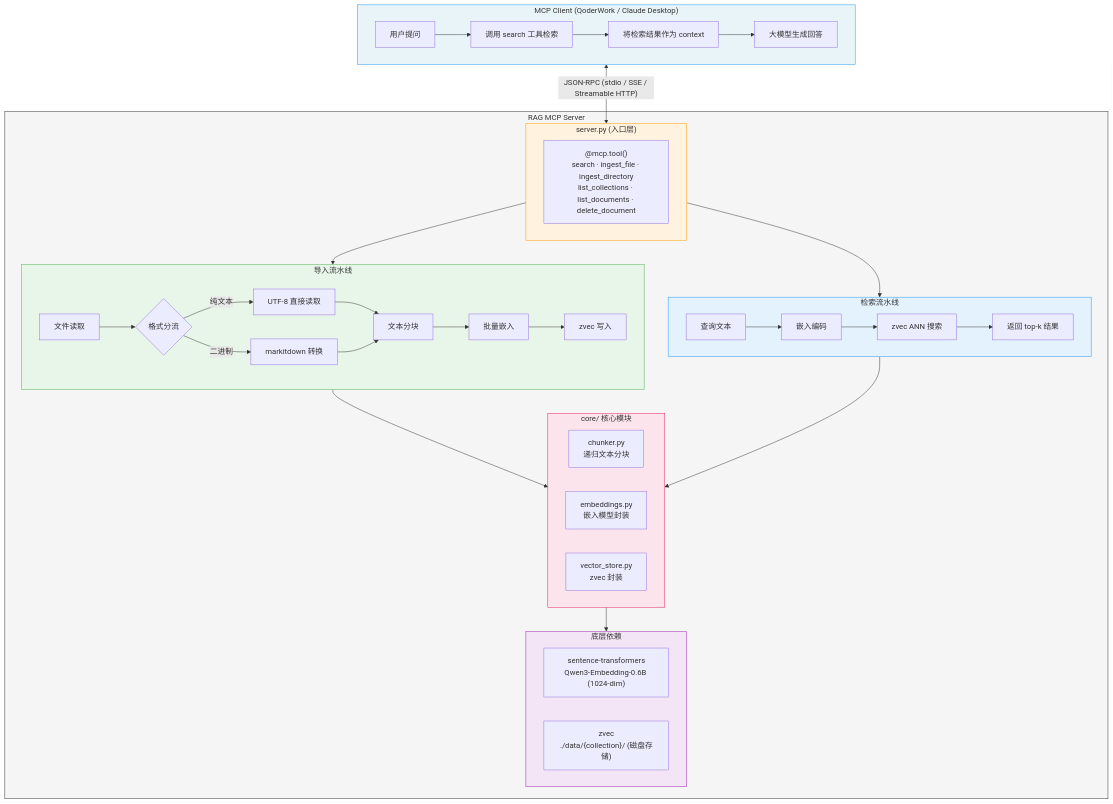
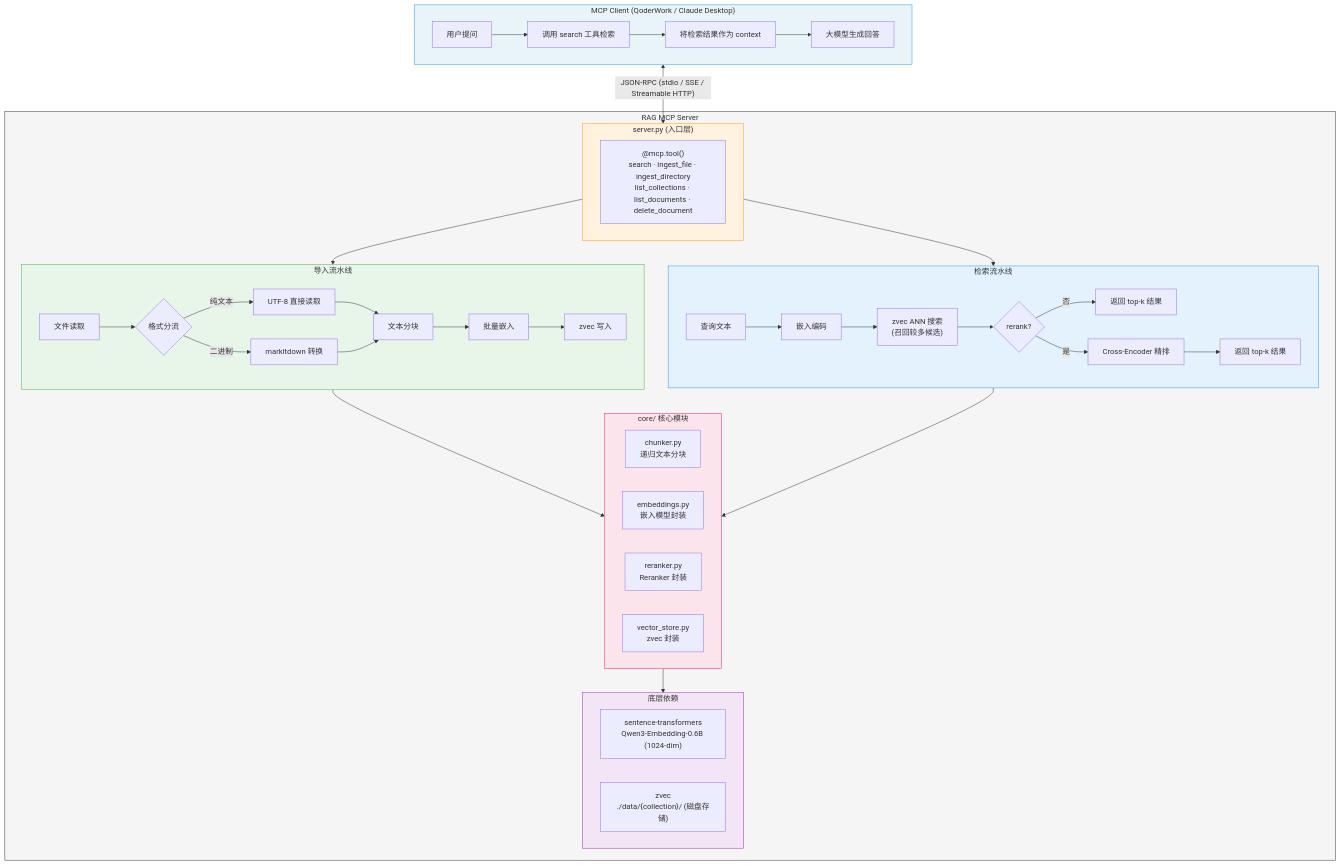
The first of 3 diagrams in docs/architecture.md (mambo-wang/wandering-rag-mcp), drawn with Mermaid before and after one commit. The commit also changed other lines of this file and 4 other files, not shown here.

First line of the commit message:
feat: add optional cross-encoder reranker for search

````diff
--- a/docs/architecture.md
+++ b/docs/architecture.md
@@ -99,57 +114,62 @@
 ```mermaid
 flowchart TB
     subgraph Client["MCP Client (QoderWork / Claude Desktop)"]
         C1["用户提问"] --> C2["调用 search 工具检索"]
         C2 --> C3["将检索结果作为 context"]
         C3 --> C4["大模型生成回答"]
     end
 
     Client <-->|"JSON-RPC (stdio / SSE / Streamable HTTP)"| Entry
 
     subgraph Server["RAG MCP Server"]
         subgraph Entry["server.py (入口层)"]
             E1["@mcp.tool()<br/>search · ingest_file · ingest_directory<br/>list_collections · list_documents · delete_document"]
         end
 
         Entry --> Ingest & Search
 
         subgraph Ingest["导入流水线"]
             I1["文件读取"] --> I2{"格式分流"}
             I2 -->|"纯文本"| I3a["UTF-8 直接读取"]
             I2 -->|"二进制"| I3b["markitdown 转换"]
             I3a --> I4["文本分块"]
             I3b --> I4
             I4 --> I5["批量嵌入"] --> I6["zvec 写入"]
         end
 
         subgraph Search["检索流水线"]
             S1["查询文本"] --> S2["嵌入编码"]
-            S2 --> S3["zvec ANN 搜索"] --> S4["返回 top-k 结果"]
+            S2 --> S3["zvec ANN 搜索<br/>(召回较多候选)"]
+            S3 --> S4{"rerank?"}
+            S4 -->|"否"| S5a["返回 top-k 结果"]
+            S4 -->|"是"| S5b["Cross-Encoder 精排"]
+            S5b --> S5c["返回 top-k 结果"]
         end
 
         Ingest & Search --> Core
 
         subgraph Core["core/ 核心模块"]
             direction LR
             M1["chunker.py<br/>递归文本分块"]
             M2["embeddings.py<br/>嵌入模型封装"]
-            M3["vector_store.py<br/>zvec 封装"]
+            M3["reranker.py<br/>Reranker 封装"]
+            M4["vector_store.py<br/>zvec 封装"]
         end
 
         Core --> Infra
 
         subgraph Infra["底层依赖"]
             direction LR
             F1["sentence-transformers<br/>Qwen3-Embedding-0.6B (1024-dim)"]
             F2["zvec<br/>./data/{collection}/ (磁盘存储)"]
         end
     end
 
     style Client fill:#e8f4f8,stroke:#2196F3
     style Server fill:#f5f5f5,stroke:#333
     style Entry fill:#fff3e0,stroke:#FF9800
     style Ingest fill:#e8f5e9,stroke:#4CAF50
     style Search fill:#e3f2fd,stroke:#2196F3
     style Core fill:#fce4ec,stroke:#E91E63
     style Infra fill:#f3e5f5,stroke:#9C27B0
 ```
````
